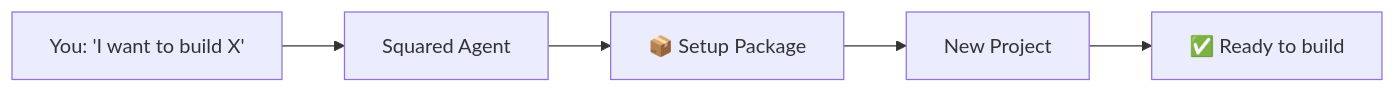
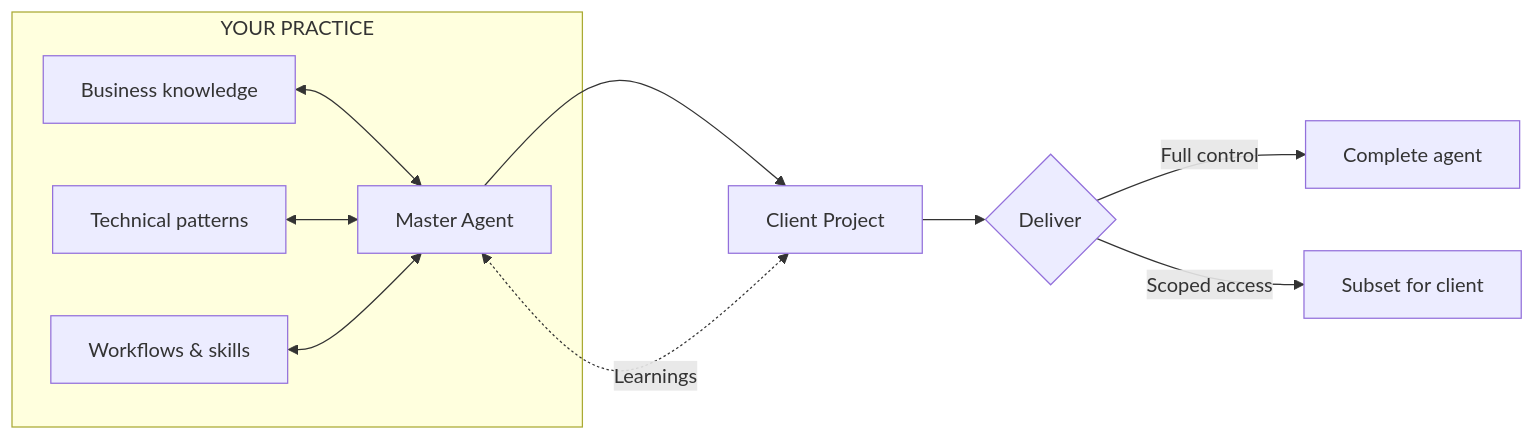
One commit to Squared-Lemons/Squared-Agent changed the first of 14 diagrams in README.md. Above: the diagram before and after it, drawn with Mermaid. The commit also changed other lines of this file and 38 other files, not shown here.

````diff
--- a/README.md
+++ b/README.md
@@ -7,7 +7,17 @@
 ```mermaid
 flowchart LR
-    A["You: 'I want to build X'"] --> B["Squared Agent"]
-    B --> C["📦 Setup Package"]
-    C --> D["New Project"]
-    D --> E["✅ Ready to build"]
+    subgraph You["YOUR PRACTICE"]
+        B["Business knowledge"]
+        C["Technical patterns"]
+        D["Workflows & skills"]
+        B <--> A["Master Agent"]
+        C <--> A
+        D <--> A
+    end
+
+    A --> E["Client Project"]
+    E --> F{Deliver}
+    F -->|"Full control"| G["Complete agent"]
+    F -->|"Scoped access"| H["Subset for client"]
+    E <-.->|"Learnings"| A
 ```
````
